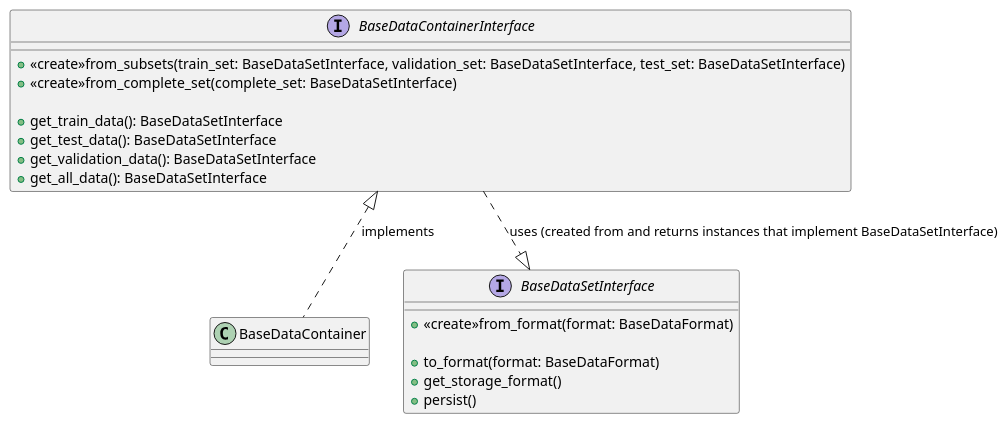
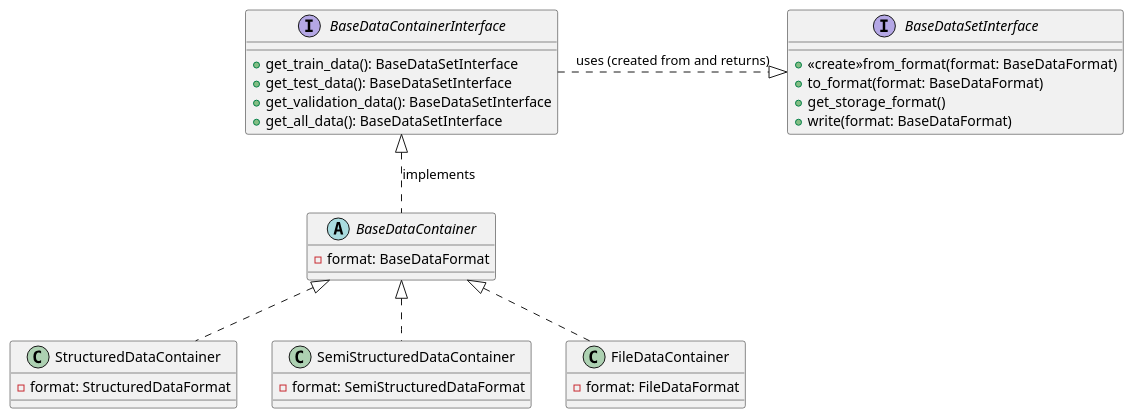
The diagram in docs/uml/data_container_interfaces.puml (tloeber/ML-interfaces), drawn with PlantUML before and after one commit. The commit also changed 2 other files, not shown here.

Commit message:
Remove constructurs from DataContainerInterface, and add them to implementation instead.

```diff
--- a/docs/uml/data_container_interfaces.puml
+++ b/docs/uml/data_container_interfaces.puml
@@ -1,27 +1,37 @@
 @startuml
-
 interface BaseDataContainerInterface {
-  +<<create>>from_subsets(train_set: BaseDataSetInterface, validation_set: BaseDataSetInterface, test_set: BaseDataSetInterface)
-  +<<create>>from_complete_set(complete_set: BaseDataSetInterface)
-
   +get_train_data(): BaseDataSetInterface
   +get_test_data(): BaseDataSetInterface
   +get_validation_data(): BaseDataSetInterface
   +get_all_data(): BaseDataSetInterface
 }
 
-class BaseDataContainer
+interface BaseDataSetInterface{
+  +<<create>>from_format(format: BaseDataFormat)
+  +to_format(format: BaseDataFormat)
+  +get_storage_format()
+  +write(format: BaseDataFormat)
+
+}
+
+BaseDataContainerInterface .right.|> BaseDataSetInterface: uses (created from and returns)
+
+abstract class BaseDataContainer {
+  - format: BaseDataFormat
+}
 BaseDataContainerInterface <|.. BaseDataContainer : implements
 
-interface BaseDataSetInterface{
-  +<<create>>from_format(format: BaseDataFormat)
-
-  +to_format(format: BaseDataFormat)
-  +get_storage_format()
-  +persist()
+class StructuredDataContainer {
+  - format: StructuredDataFormat
+}
+class SemiStructuredDataContainer {
+  - format: SemiStructuredDataFormat
+}
+class FileDataContainer {
+  - format: FileDataFormat
 }
 
-
-BaseDataContainerInterface ..|> BaseDataSetInterface: uses (created from and returns instances that implement BaseDataSetInterface)
-
+StructuredDataContainer .up.|> BaseDataContainer
+SemiStructuredDataContainer .up.|> BaseDataContainer
+FileDataContainer .up.|> BaseDataContainer
 @enduml
```
